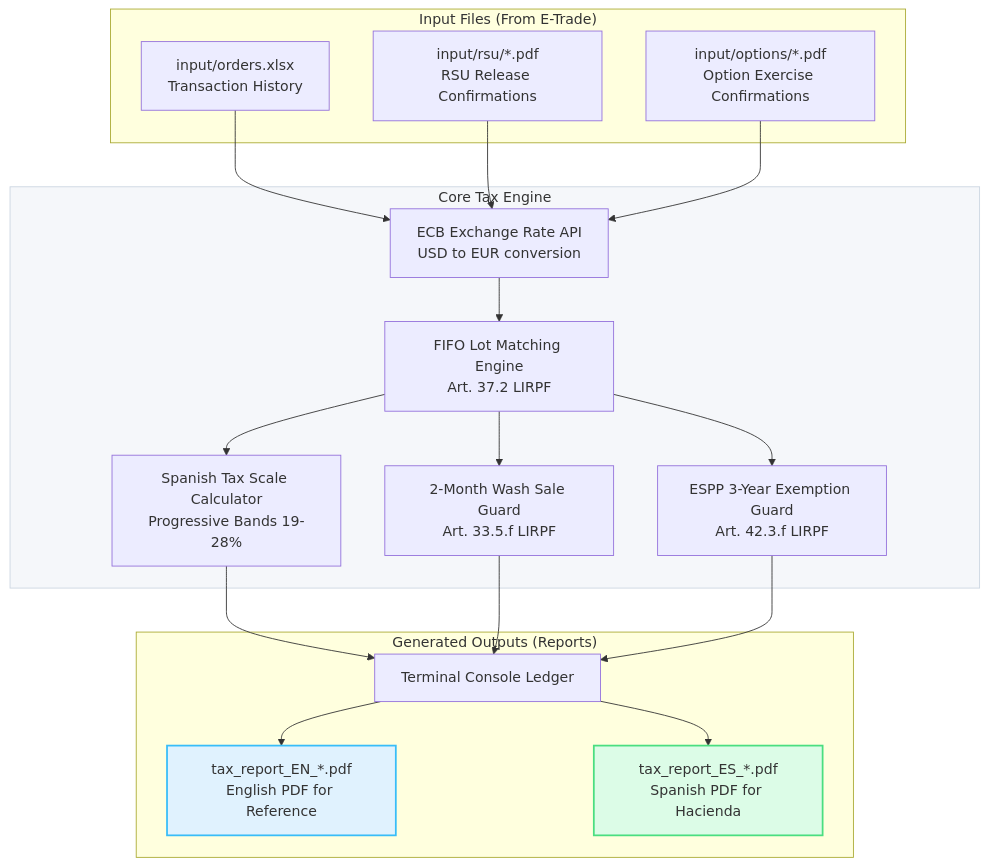
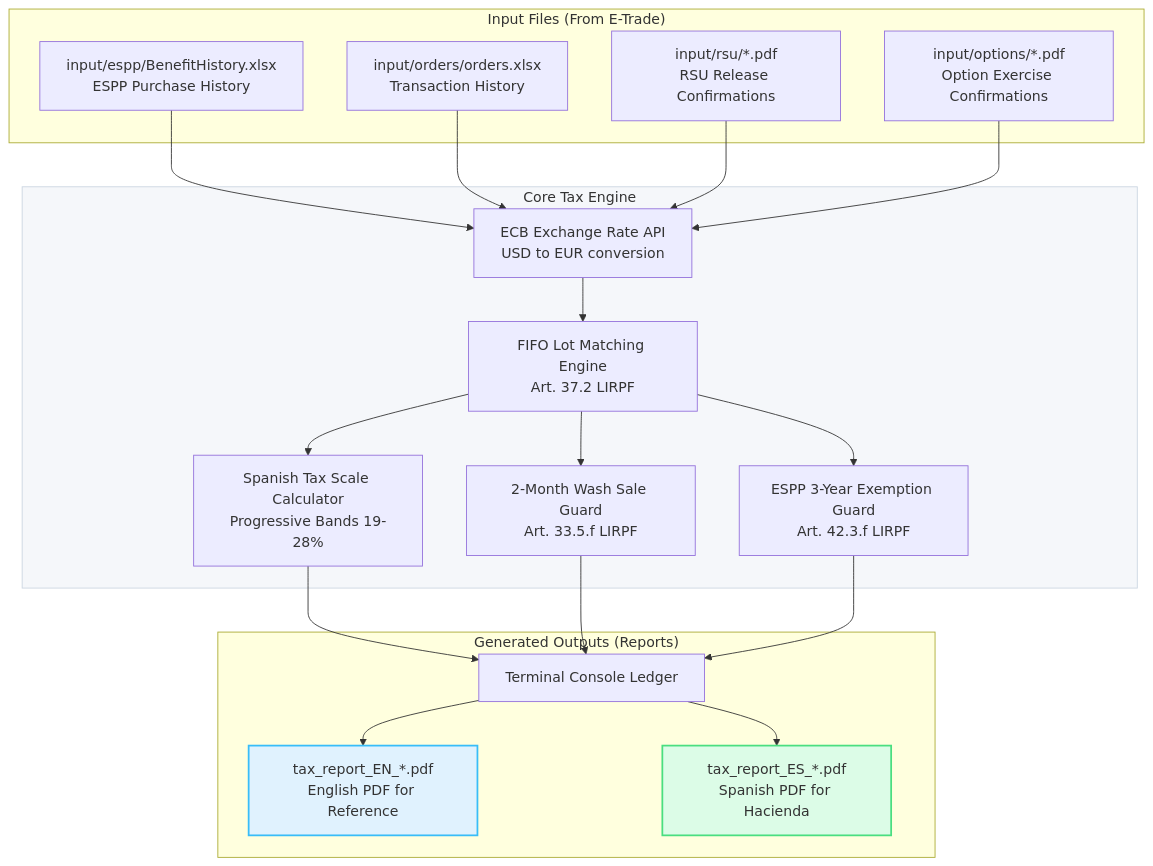
Before and after one commit to manu7691/tax-broker-tools-esp: the diagram in docs/CALCULATOR_GUIDE_EN.md, drawn with Mermaid. The commit also changed other lines of this file and 9 other files, not shown here.

````diff
--- a/docs/CALCULATOR_GUIDE_EN.md
+++ b/docs/CALCULATOR_GUIDE_EN.md
@@ -15,42 +15,44 @@
 ```mermaid
 graph TD
     subgraph Inputs["Input Files (From E-Trade)"]
-        A["input/orders.xlsx<br>Transaction History"]
+        A["input/espp/BenefitHistory.xlsx<br>ESPP Purchase History"]
+        A2["input/orders/orders.xlsx<br>Transaction History"]
         B["input/rsu/*.pdf<br>RSU Release Confirmations"]
         C["input/options/*.pdf<br>Option Exercise Confirmations"]
     end
 
     subgraph CoreEngine["Core Tax Engine"]
         D["ECB Exchange Rate API<br>USD to EUR conversion"]
         E["FIFO Lot Matching Engine<br>Art. 37.2 LIRPF"]
         F["Spanish Tax Scale Calculator<br>Progressive Bands 19-28%"]
         G["2-Month Wash Sale Guard<br>Art. 33.5.f LIRPF"]
         H["ESPP 3-Year Exemption Guard<br>Art. 42.3.f LIRPF"]
     end
 
     subgraph Outputs["Generated Outputs (Reports)"]
         I["Terminal Console Ledger"]
         J["tax_report_EN_*.pdf<br>English PDF for Reference"]
         K["tax_report_ES_*.pdf<br>Spanish PDF for Hacienda"]
     end
 
     A --> D
+    A2 --> D
     B --> D
     C --> D
     
     D --> E
     E --> F
     E --> G
     E --> H
     
     F --> I
     G --> I
     H --> I
     
     I --> J
     I --> K
 
     style CoreEngine fill:#f5f7fa,stroke:#cbd5e1,stroke-width:1px
     style J fill:#e0f2fe,stroke:#38bdf8,stroke-width:2px
     style K fill:#dcfce7,stroke:#4ade80,stroke-width:2px
 ```
````
